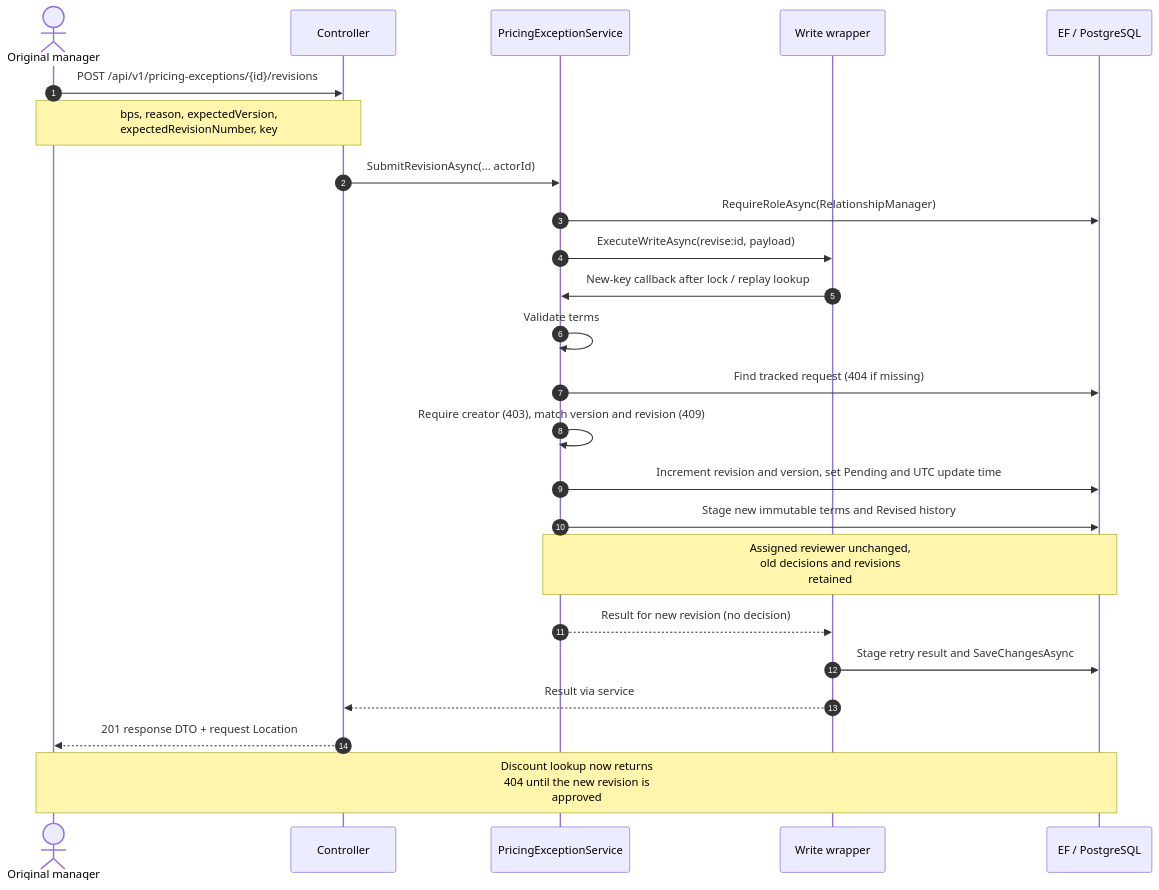
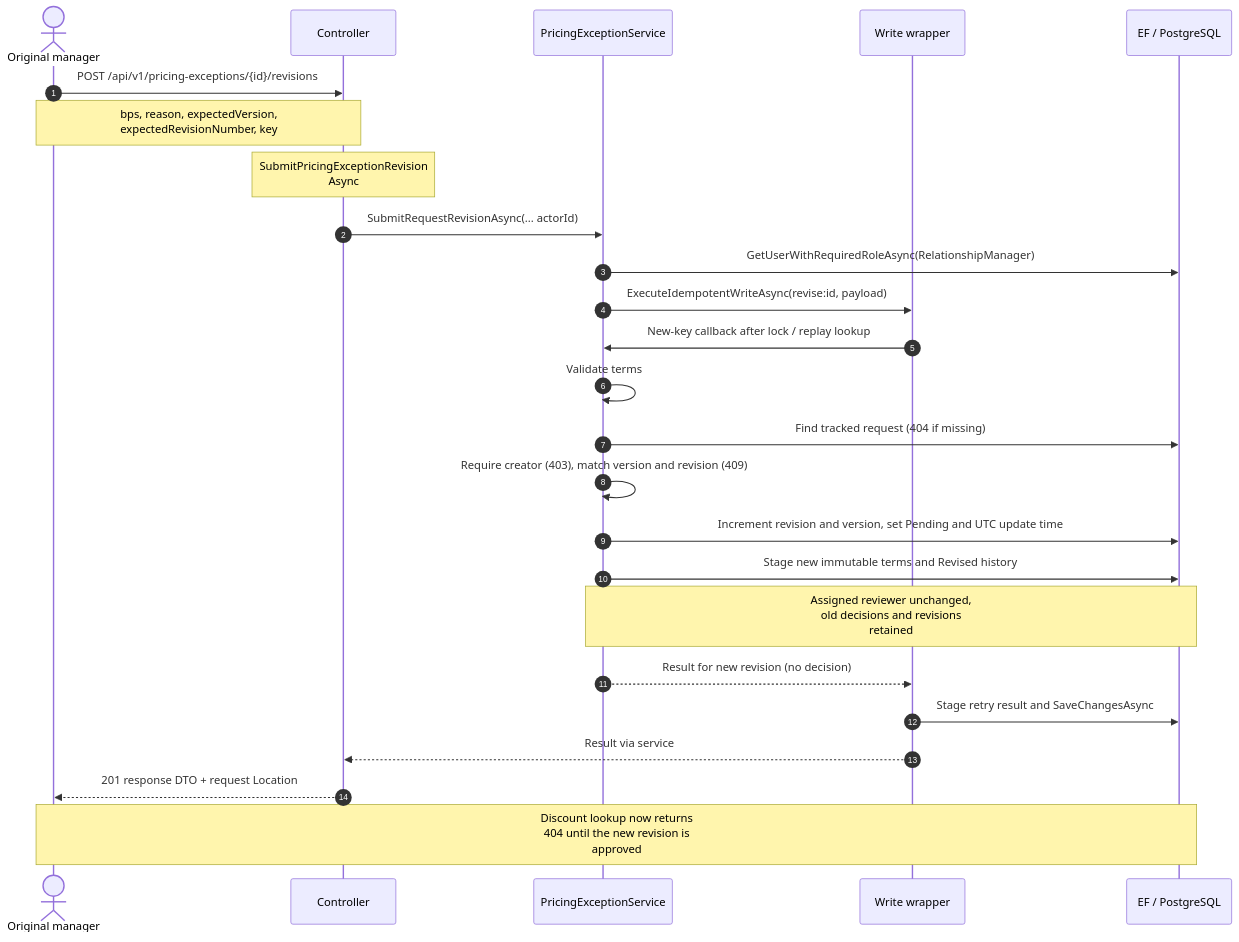
The diagram in Backend/BlueHarvest.PricingExceptions/docs/CurrentImplementation/diagrams/05-submit-revision.mmd (FerdinandGang4/Mortgage-pricing-exception-requests-Application), drawn with Mermaid before and after one commit. The commit also changed 128 other files, not shown here.

```diff
--- a/Backend/BlueHarvest.PricingExceptions/docs/CurrentImplementation/diagrams/05-submit-revision.mmd
+++ b/Backend/BlueHarvest.PricingExceptions/docs/CurrentImplementation/diagrams/05-submit-revision.mmd
@@ -1,24 +1,25 @@
 sequenceDiagram
     autonumber
     actor M as Original manager
     participant C as Controller
     participant S as PricingExceptionService
     participant W as Write wrapper
     participant D as EF / PostgreSQL
     M->>C: POST /api/v1/pricing-exceptions/{id}/revisions
     Note over M,C: bps, reason, expectedVersion,<br/>expectedRevisionNumber, key
-    C->>S: SubmitRevisionAsync(... actorId)
-    S->>D: RequireRoleAsync(RelationshipManager)
-    S->>W: ExecuteWriteAsync(revise:id, payload)
+    Note over C: SubmitPricingExceptionRevision<br/>Async
+    C->>S: SubmitRequestRevisionAsync(... actorId)
+    S->>D: GetUserWithRequiredRoleAsync(RelationshipManager)
+    S->>W: ExecuteIdempotentWriteAsync(revise:id, payload)
     W->>S: New-key callback after lock / replay lookup
     S->>S: Validate terms
     S->>D: Find tracked request (404 if missing)
     S->>S: Require creator (403), match version and revision (409)
     S->>D: Increment revision and version, set Pending and UTC update time
     S->>D: Stage new immutable terms and Revised history
     Note over S,D: Assigned reviewer unchanged,<br/>old decisions and revisions<br/>retained
     S-->>W: Result for new revision (no decision)
     W->>D: Stage retry result and SaveChangesAsync
     W-->>C: Result via service
     C-->>M: 201 response DTO + request Location
     Note over M,D: Discount lookup now returns<br/>404 until the new revision is<br/>approved
```
